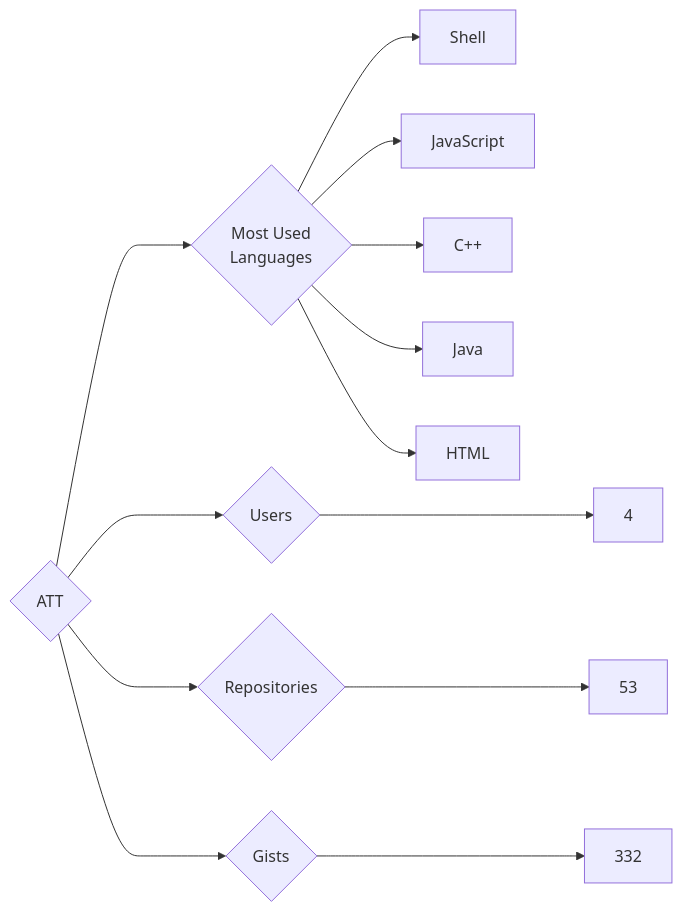
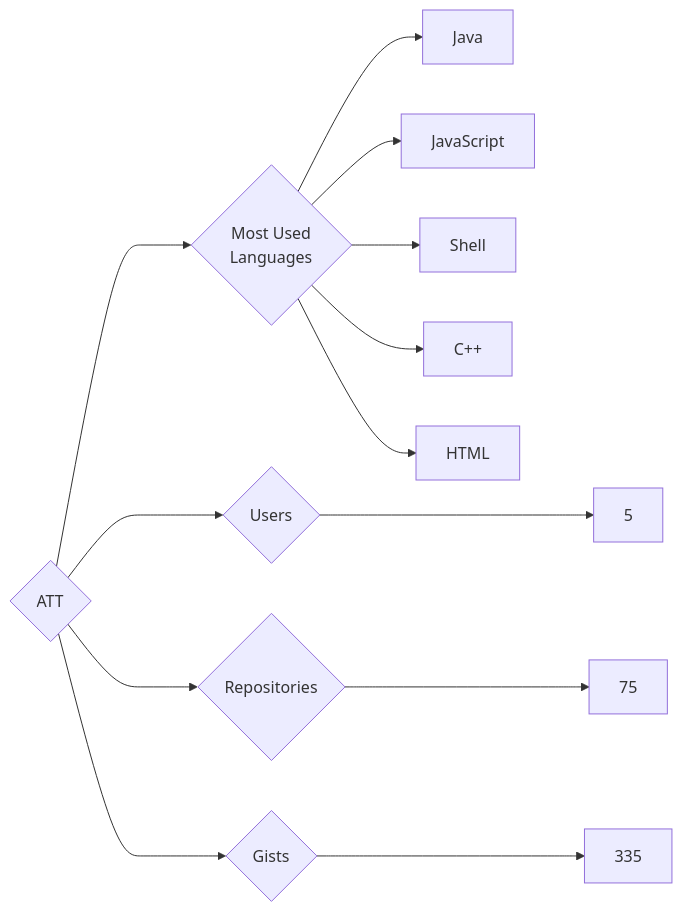
Before and after one commit to trickest/insiders: the diagram in targets/ATT/README.md, drawn with Mermaid. The commit also changed 927 other files, not shown here.

````diff
--- a/targets/ATT/README.md
+++ b/targets/ATT/README.md
@@ -3,13 +3,13 @@
 ```mermaid
 graph LR
 COMPANY_NAME{ATT}
-COMPANY_NAME ---> U{Users} ---> UN[4]
-COMPANY_NAME ---> R{Repositories} ---> RN[53]
-COMPANY_NAME ---> G{Gists} ---> GN[332]
+COMPANY_NAME ---> U{Users} ---> UN[5]
+COMPANY_NAME ---> R{Repositories} ---> RN[75]
+COMPANY_NAME ---> G{Gists} ---> GN[335]
 COMPANY_NAME ---> ML{Most Used<br>Languages}
+ML --> Java[Java]
+ML --> JavaScript[JavaScript]
 ML --> Shell[Shell]
-ML --> JavaScript[JavaScript]
 ML --> C++[C++]
-ML --> Java[Java]
 ML --> HTML[HTML]
 ```
````
